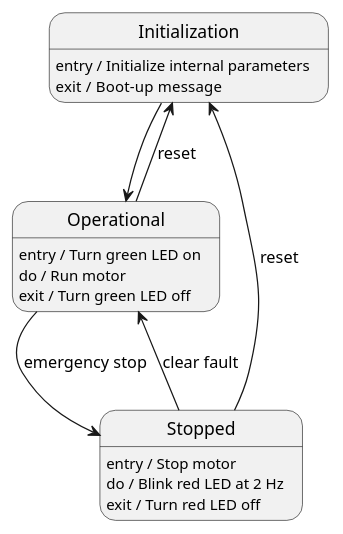
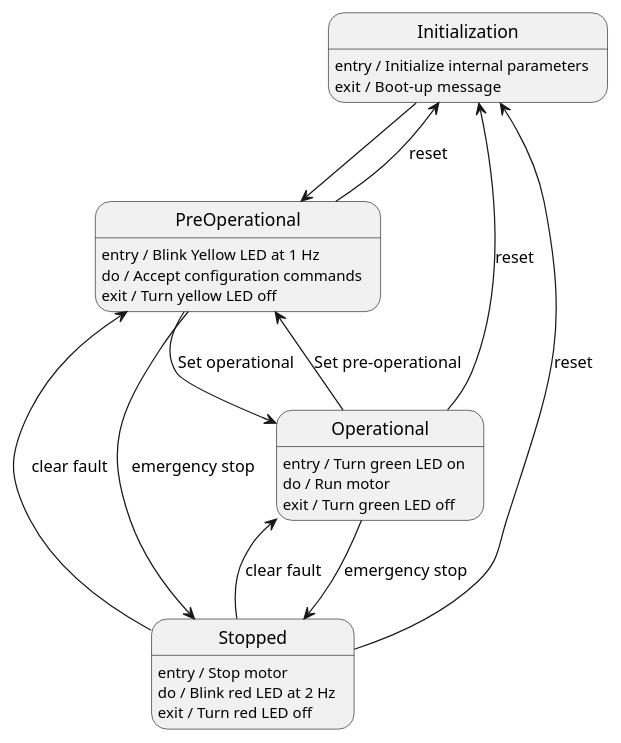
The diagram in Projects/Project_3/docs/diagrams/src/sate.wsd (ManiGautason/T-738-EMBE), drawn with PlantUML before and after one commit. The commit also changed 1 other file, not shown here.

Commit message:
state diagram update
final version of state diagram

```diff
--- a/Projects/Project_3/docs/diagrams/src/sate.wsd
+++ b/Projects/Project_3/docs/diagrams/src/sate.wsd
@@ -1,29 +1,42 @@
 @startuml state_diagram
 
 ' [*] -->  Initialization : Init
 
 state Initialization {
     Initialization: entry / Initialize internal parameters
     ' Initialization: do
     Initialization: exit /  Boot-up message
 }
 
-Initialization --> Operational
+Initialization --> PreOperational
+
+state PreOperational {
+    PreOperational: entry / Blink Yellow LED at 1 Hz
+    PreOperational: do / Accept configuration commands
+    PreOperational: exit / Turn yellow LED off
+}
+
+PreOperational --> Stopped : emergency stop
+Stopped --> PreOperational : clear fault
+PreOperational --> Operational : Set operational
+PreOperational --> Initialization : reset
 
 state Operational {
     Operational: entry / Turn green LED on
     Operational: do / Run motor
     Operational: exit / Turn green LED off
 }
+
+Operational --> PreOperational : Set pre-operational
 
 state Stopped {
     Stopped: entry / Stop motor
     Stopped: do / Blink red LED at 2 Hz
     Stopped: exit / Turn red LED off
 }
 
 Operational --> Stopped : emergency stop
 Stopped --> Operational : clear fault
 Stopped --> Initialization : reset
 Operational --> Initialization : reset
 @enduml
```
